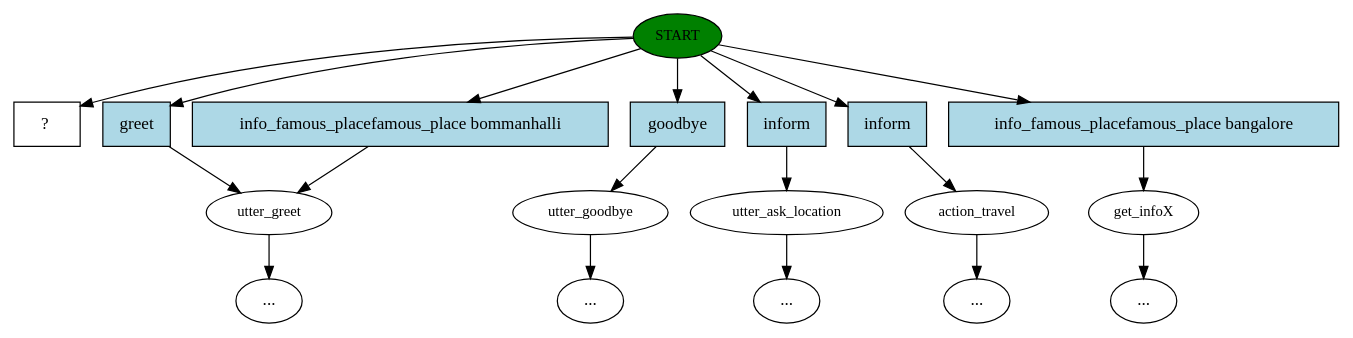
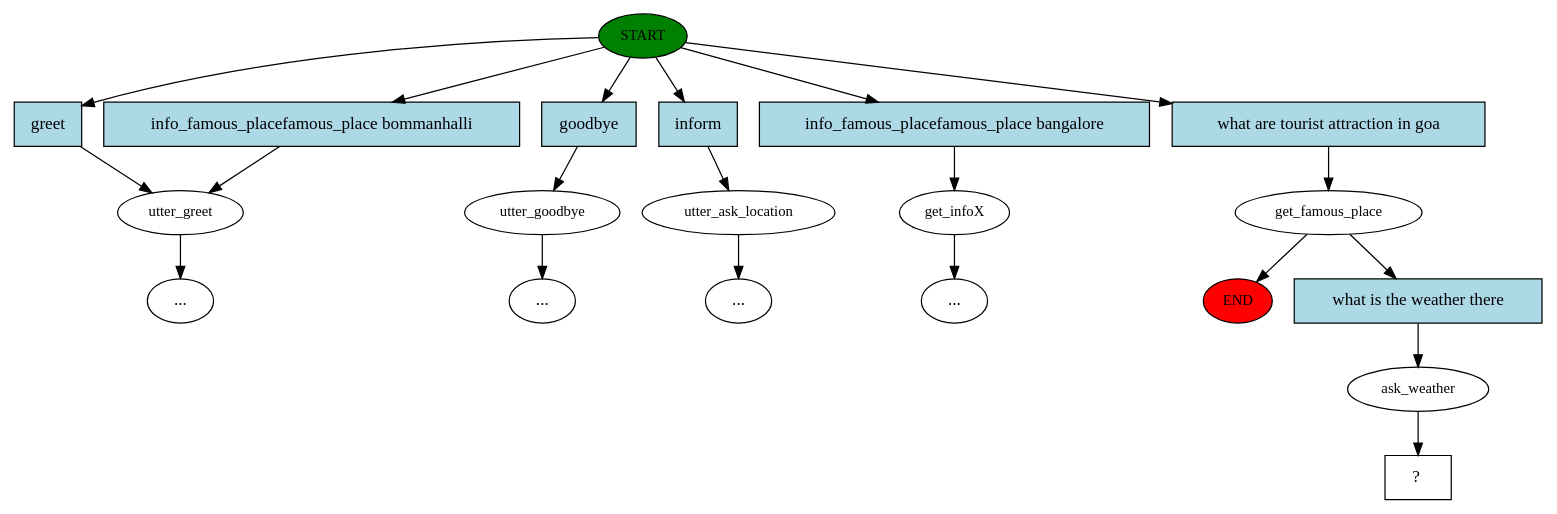
One commit to CYPHR2/Travel_Chat_Bot changed the diagram in workingCode_updated_version/story_graph.dot. Above: the diagram before and after it, drawn with Graphviz. The commit also changed 18 other files, not shown here.

```diff
--- a/workingCode_updated_version/story_graph.dot
+++ b/workingCode_updated_version/story_graph.dot
@@ -1,38 +1,42 @@
 digraph  {
 0 [class="start active", fillcolor=green, fontsize=12, label=START, style=filled];
+"-1" [class=end, fillcolor=red, fontsize=12, label=END, style=filled];
 1 [class="", fontsize=12, label=utter_greet];
 4 [class="", fontsize=12, label=utter_goodbye];
 "-6" [class=ellipsis, label="..."];
 5 [class="", fontsize=12, label=utter_ask_location];
 "-7" [class=ellipsis, label="..."];
-6 [class="", fontsize=12, label=action_travel];
-"-8" [class=ellipsis, label="..."];
+14 [class="", fontsize=12, label=get_infoX];
 "-17" [class=ellipsis, label="..."];
-16 [class="", fontsize=12, label=get_infoX];
-"-19" [class=ellipsis, label="..."];
-18 [class="intent dashed active", label="  ?  ", shape=rect];
-19 [class=intent, fillcolor=lightblue, label=greet, shape=rect, style=filled];
-20 [class=intent, fillcolor=lightblue, label="info_famous_placefamous_place bommanhalli", shape=rect, style=filled];
-21 [class=intent, fillcolor=lightblue, label=goodbye, shape=rect, style=filled];
-22 [class=intent, fillcolor=lightblue, label=inform, shape=rect, style=filled];
-23 [class=intent, fillcolor=lightblue, label=inform, shape=rect, style=filled];
-24 [class=intent, fillcolor=lightblue, label="info_famous_placefamous_place bangalore", shape=rect, style=filled];
-0 -> 18  [class=active, key=NONE, label=""];
-0 -> 19  [class="", key=0];
-0 -> 20  [class="", key=0];
+16 [class=active, fontsize=12, label=get_famous_place];
+"-18" [class=ellipsis, label="..."];
+19 [class=active, fontsize=12, label=ask_weather];
+20 [class="intent dashed active", label="  ?  ", shape=rect];
+21 [class=intent, fillcolor=lightblue, label=greet, shape=rect, style=filled];
+22 [class=intent, fillcolor=lightblue, label="info_famous_placefamous_place bommanhalli", shape=rect, style=filled];
+23 [class=intent, fillcolor=lightblue, label=goodbye, shape=rect, style=filled];
+24 [class=intent, fillcolor=lightblue, label=inform, shape=rect, style=filled];
+25 [class=intent, fillcolor=lightblue, label="info_famous_placefamous_place bangalore", shape=rect, style=filled];
+26 [class="intent active", fillcolor=lightblue, label="what are tourist attraction in goa", shape=rect, style=filled];
+27 [class="intent active", fillcolor=lightblue, label="what is the weather there", shape=rect, style=filled];
 0 -> 21  [class="", key=0];
 0 -> 22  [class="", key=0];
 0 -> 23  [class="", key=0];
 0 -> 24  [class="", key=0];
-1 -> "-17"  [class="", key=NONE, label=""];
+0 -> 25  [class="", key=0];
+0 -> 26  [class=active, key=0];
+1 -> "-18"  [class="", key=NONE, label=""];
 4 -> "-6"  [class="", key=NONE, label=""];
 5 -> "-7"  [class="", key=NONE, label=""];
-6 -> "-8"  [class="", key=NONE, label=""];
-16 -> "-19"  [class="", key=NONE, label=""];
-19 -> 1  [class="", key=0];
-20 -> 1  [class="", key=0];
-21 -> 4  [class="", key=0];
-22 -> 5  [class="", key=0];
-23 -> 6  [class="", key=0];
-24 -> 16  [class="", key=0];
+14 -> "-17"  [class="", key=NONE, label=""];
+16 -> "-1"  [class="", key=NONE, label=""];
+16 -> 27  [class=active, key=0];
+19 -> 20  [class=active, key=NONE, label=""];
+21 -> 1  [class="", key=0];
+22 -> 1  [class="", key=0];
+23 -> 4  [class="", key=0];
+24 -> 5  [class="", key=0];
+25 -> 14  [class="", key=0];
+26 -> 16  [class=active, key=0];
+27 -> 19  [class=active, key=0];
 }
```
